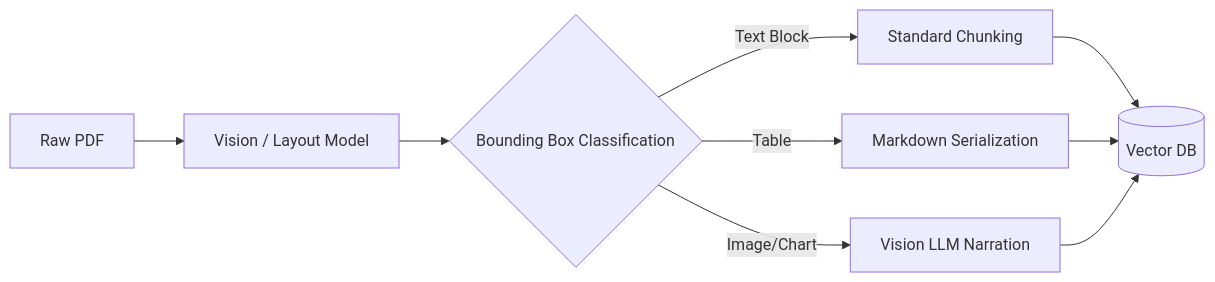
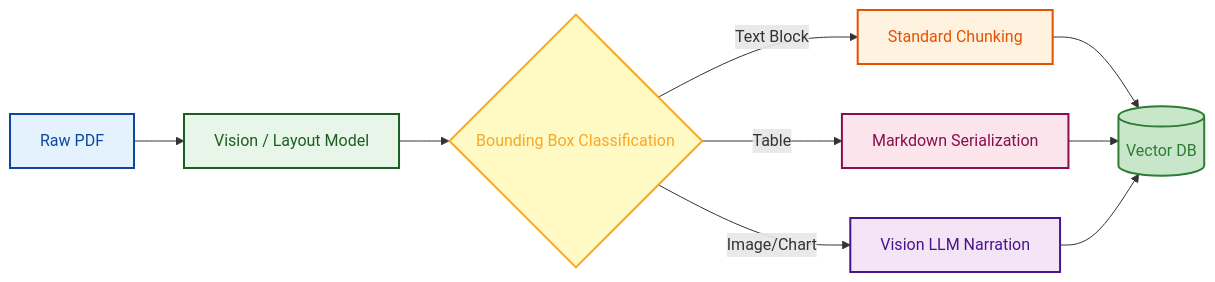
One commit to GyanendraChaubey/AI-Engineering-Notes changed the third of 4 diagrams in docs/03-chunking/README.md. Above: the diagram before and after it, drawn with Mermaid. The commit also changed other lines of this file and 15 other files, not shown here.

Commit message:
style: apply light color palette to remaining Mermaid diagrams (docs 15 & 16)

````diff
--- a/docs/03-chunking/README.md
+++ b/docs/03-chunking/README.md
@@ -138,11 +146,18 @@
 ```mermaid
 flowchart LR
     A[Raw PDF] --> B[Vision / Layout Model]
     B --> C{Bounding Box Classification}
     C -->|Text Block| D[Standard Chunking]
     C -->|Table| E[Markdown Serialization]
     C -->|Image/Chart| F[Vision LLM Narration]
     D --> G[(Vector DB)]
     E --> G
     F --> G
+    style A fill:#e3f2fd,stroke:#0d47a1,stroke-width:2px,color:#0d47a1
+    style B fill:#e8f5e9,stroke:#1b5e20,stroke-width:2px,color:#1b5e20
+    style C fill:#fff9c4,stroke:#f9a825,stroke-width:2px,color:#f9a825
+    style D fill:#fff3e0,stroke:#e65100,stroke-width:2px,color:#e65100
+    style E fill:#fce4ec,stroke:#880e4f,stroke-width:2px,color:#880e4f
+    style F fill:#f3e5f5,stroke:#4a148c,stroke-width:2px,color:#4a148c
+    style G fill:#c8e6c9,stroke:#2e7d32,stroke-width:2px,color:#2e7d32
 ```
````
